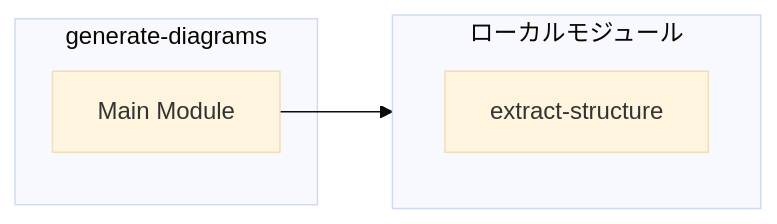
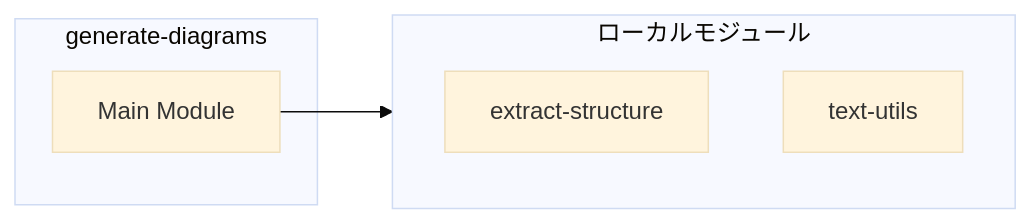
The second of 3 diagrams in ABDD/.pi/extensions/code-structure-analyzer/tools/generate-diagrams.md (Mekann2904/mekann), drawn with Mermaid (base theme) before and after one commit. The commit also changed other lines of this file and 205 other files, not shown here.

````diff
--- a/ABDD/.pi/extensions/code-structure-analyzer/tools/generate-diagrams.md
+++ b/ABDD/.pi/extensions/code-structure-analyzer/tools/generate-diagrams.md
@@ -51,10 +52,11 @@
 ```mermaid
 flowchart LR
   subgraph this[generate-diagrams]
     main[Main Module]
   end
   subgraph local[ローカルモジュール]
     extract_structure["extract-structure"]
+    text_utils["text-utils"]
   end
   main --> local
 ```
````
